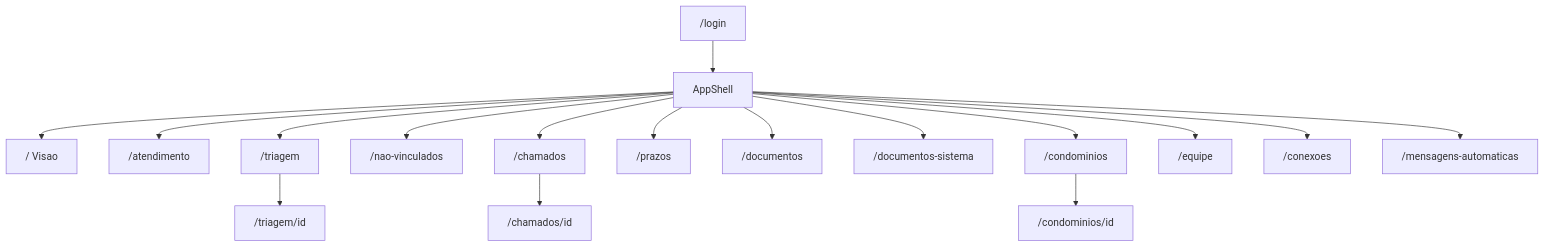
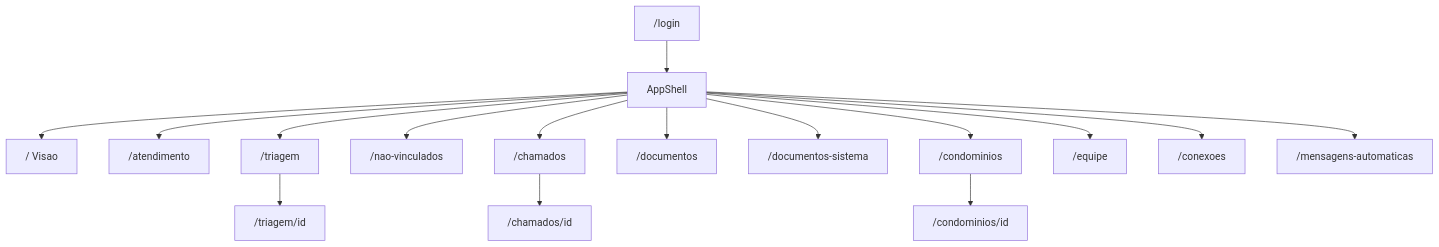
Before and after one commit to Trindadelucas0/PORTAL-JURIDICO-CONDOMINIAL: the diagram in docs/WIREFRAME-TELAS.md, drawn with Mermaid. The commit also changed other lines of this file and 28 other files, not shown here.

````diff
--- a/docs/WIREFRAME-TELAS.md
+++ b/docs/WIREFRAME-TELAS.md
@@ -45,19 +44,18 @@
 ```mermaid
 flowchart TD
   login["/login"] --> shell["AppShell"]
   shell --> visao["/ Visao"]
   shell --> inbox["/atendimento"]
   shell --> triagem["/triagem"]
   triagem --> triagemId["/triagem/id"]
   shell --> naoVinc["/nao-vinculados"]
   shell --> chamados["/chamados"]
   chamados --> chamadoId["/chamados/id"]
-  shell --> prazos["/prazos"]
   shell --> docs["/documentos"]
   shell --> sysdocs["/documentos-sistema"]
   shell --> condos["/condominios"]
   condos --> condoId["/condominios/id"]
   shell --> equipe["/equipe"]
   shell --> conexoes["/conexoes"]
   shell --> autoMsg["/mensagens-automaticas"]
 ```
````
